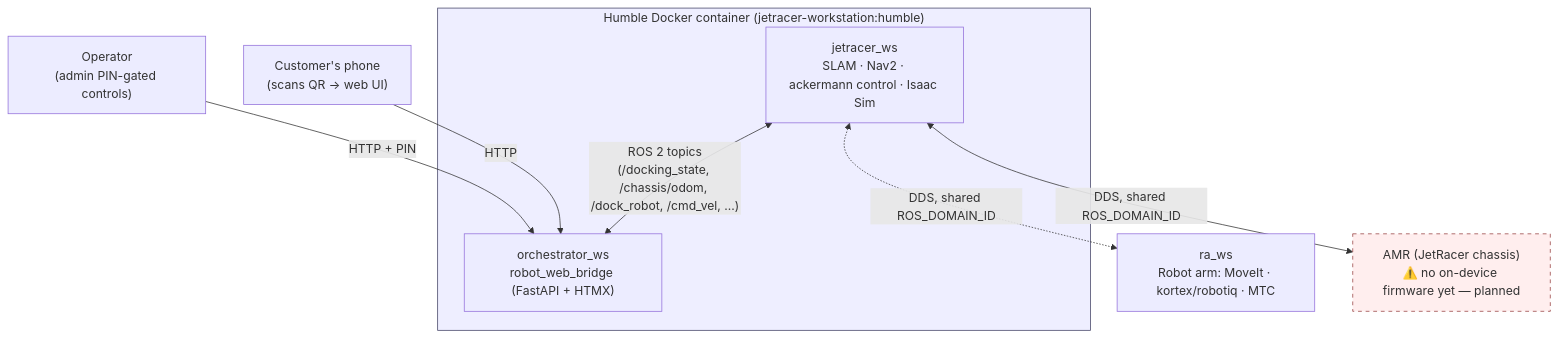
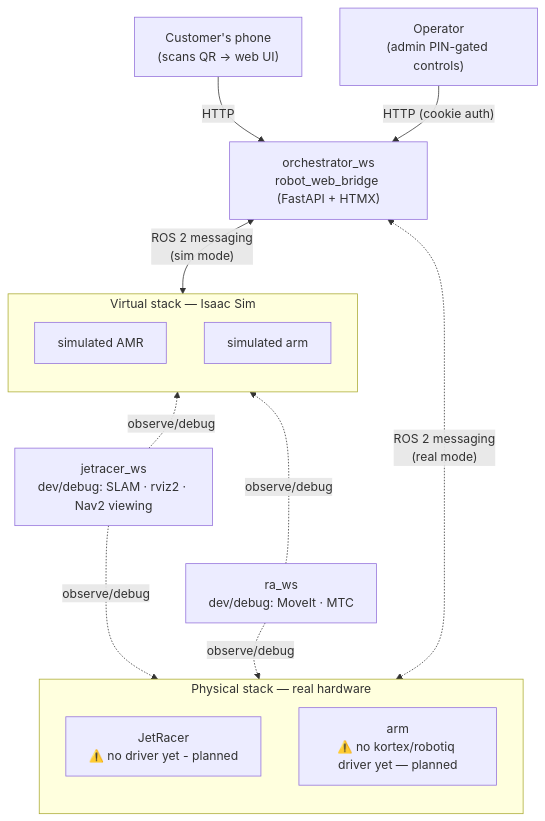
Before and after one commit to blueocvn/BlueOC-Robotics-Research-and-Development: the diagram in README.md, drawn with Mermaid.

Commit message:
Update mermaid graph

````diff
--- a/README.md
+++ b/README.md
@@ -7,22 +7,28 @@
 ```mermaid
-graph TD
-    subgraph Humble["Humble Docker container (jetracer-workstation:humble)"]
-        SLAM["jetracer_ws<br/>SLAM · Nav2 · ackermann control · Isaac Sim"]
-        Bridge["orchestrator_ws<br/>robot_web_bridge (FastAPI + HTMX)"]
-        SLAM <-->|"ROS 2 topics<br/>(/docking_state, /chassis/odom, /dock_robot, /cmd_vel, ...)"| Bridge
-    end
+---
+config:
+  layout: dagre
+---
+flowchart TB
+ subgraph Virtual["Virtual stack — Isaac Sim"]
+    direction TB
+        AMR_sim["simulated AMR"]
+        RA_sim["simulated arm"]
+  end
+ subgraph Physical["Physical stack — real hardware"]
+    direction TD
+        AMR_real["JetRacer<br>⚠️ no driver yet - planned"]
+        RA_real["arm<br>⚠️ no kortex/robotiq driver yet — planned"]
+  end
+    User@{ label: "Customer's phone<br>(scans QR → web UI)" } -- HTTP --> Orchestrator["orchestrator_ws<br>robot_web_bridge (FastAPI + HTMX)"]
+    Operator["Operator<br>(admin PIN-gated controls)"] -- HTTP (cookie auth) --> Orchestrator
+    Orchestrator <-- ROS 2 messaging<br>(sim mode) --> Virtual
+    Virtual ~~~ Debug_AMR["jetracer_ws<br>dev/debug: SLAM · rviz2 · Nav2 viewing"]
+    Debug_AMR ~~~ Debug_RA["ra_ws<br>dev/debug: MoveIt · MTC"]
+    Debug_AMR -. observe/debug .-> AMR_sim & AMR_real
+    Debug_RA -. observe/debug .-> RA_sim & RA_real
+    Debug_RA ~~~ Physical
+    Orchestrator <-. ROS 2 messaging<br>(real mode) .-> Physical
 
-    Arm["ra_ws<br/>Robot arm: MoveIt · kortex/robotiq · MTC"]
-
-    AMR["AMR (JetRacer chassis)<br/>⚠️ no on-device firmware yet — planned"]
-    User["Customer's phone<br/>(scans QR → web UI)"]
-    Operator["Operator<br/>(admin PIN-gated controls)"]
-
-    SLAM <-->|"DDS, shared ROS_DOMAIN_ID"| AMR
-    SLAM <-.->|"DDS, shared ROS_DOMAIN_ID"| Arm
-    User -->|HTTP| Bridge
-    Operator -->|HTTP + PIN| Bridge
-
-    style Humble fill:#eef,stroke:#446
-    style AMR fill:#fee,stroke:#944,stroke-dasharray: 5 5
+    User@{ shape: rect}
 ```
````
